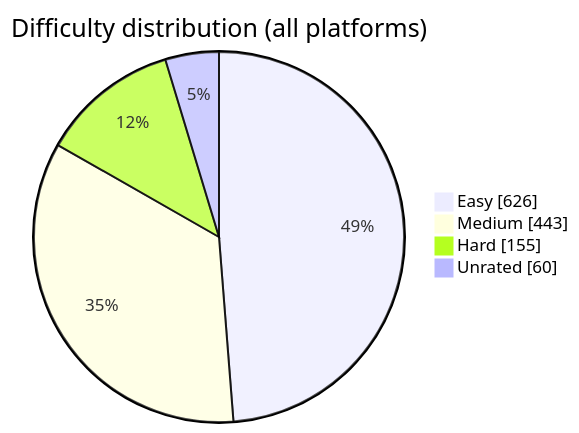
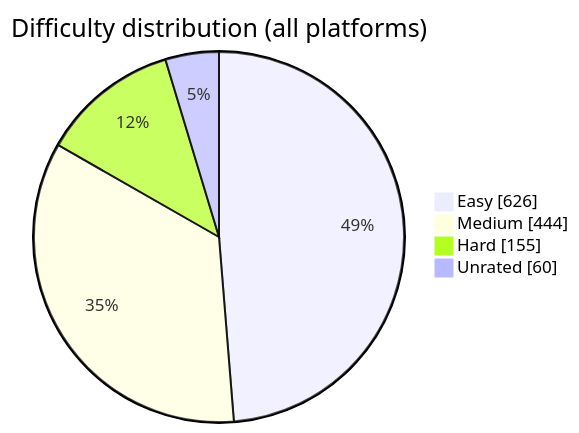
The diagram in README.md (BuildbyArindam/Daily-Coding-Log), drawn with Mermaid before and after one commit. The commit also changed other lines of this file, not shown here.

````diff
--- a/README.md
+++ b/README.md
@@ -93,7 +93,7 @@
 ```mermaid
 pie showData title Difficulty distribution (all platforms)
     "Easy" : 626
-    "Medium" : 443
+    "Medium" : 444
     "Hard" : 155
     "Unrated" : 60
 ```
````
